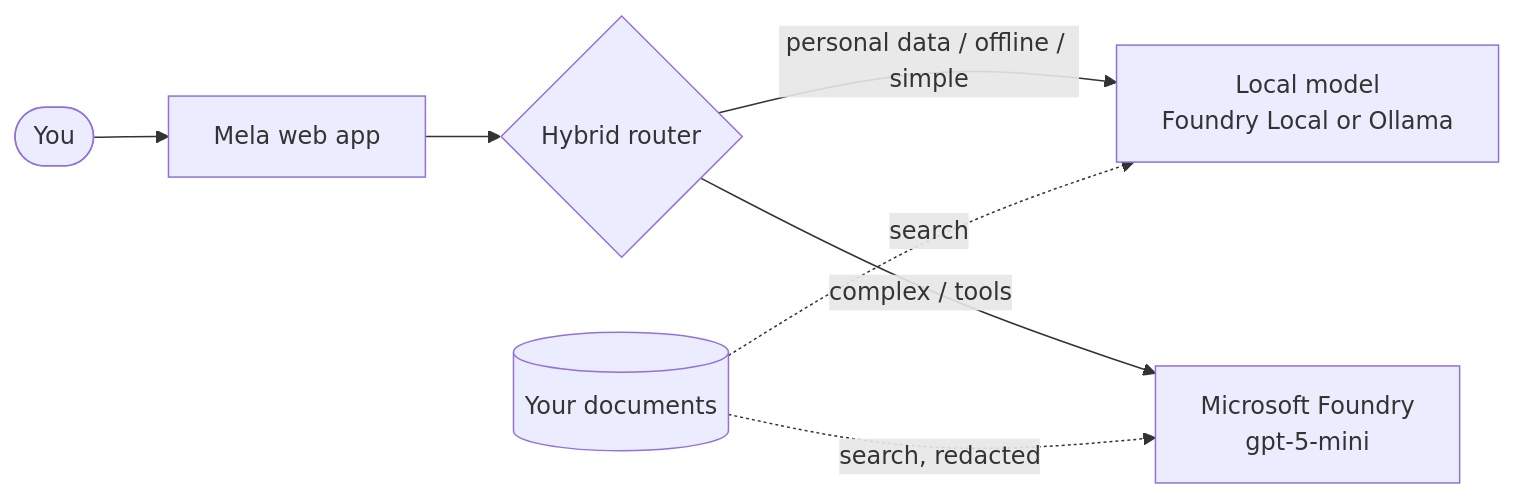
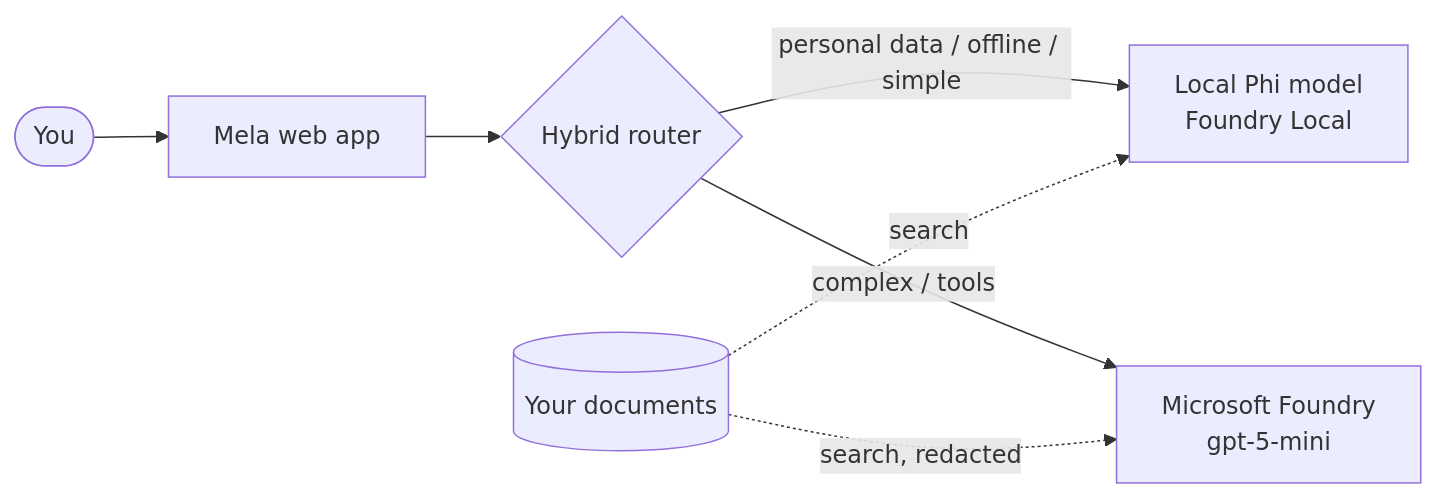
The diagram in labs/README.md (Malvine254/pycon-2026), drawn with Mermaid before and after one commit. The commit also changed 1 other file, not shown here.

Commit message:
Make Phi the primary local lab path

````diff
--- a/labs/README.md
+++ b/labs/README.md
@@ -13,9 +13,9 @@
 ```mermaid
 flowchart LR
     U([You]) --> W[Mela web app]
     W --> R{Hybrid router}
-    R -- personal data / offline / simple --> L[Local model<br/>Foundry Local or Ollama]
+    R -- personal data / offline / simple --> L[Local Phi model<br/>Foundry Local]
     R -- complex / tools --> C[Microsoft Foundry<br/>gpt-5-mini]
     D[(Your documents)] -. search .-> L
     D -. search, redacted .-> C
 ```
````
